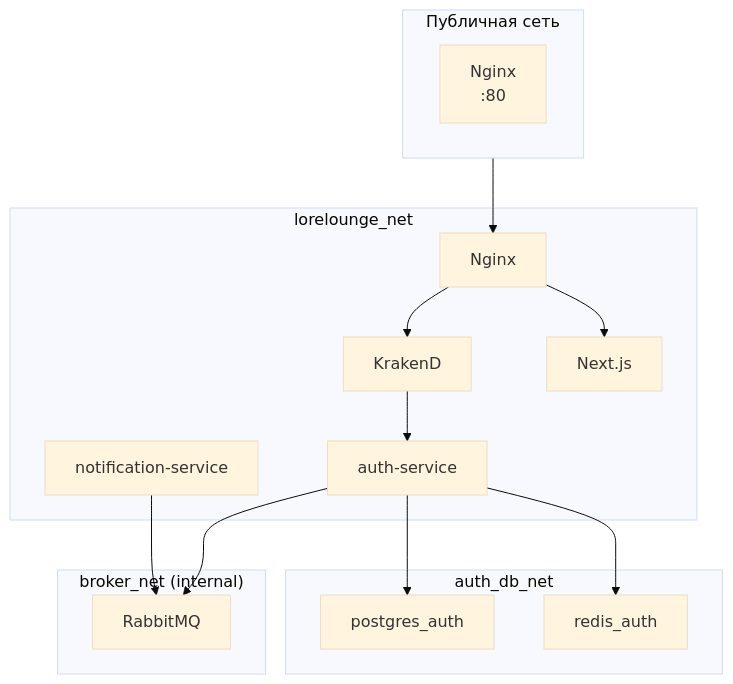
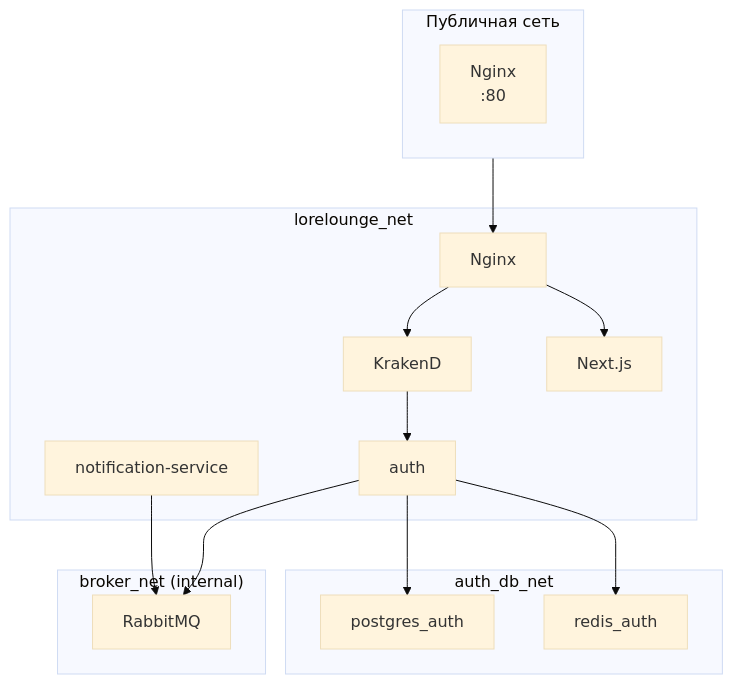
One commit to mindcoree/LoreLounge changed the second of 5 diagrams in docs/architecture.md. Above: the diagram before and after it, drawn with Mermaid (base theme). The commit also changed other lines of this file and 78 other files, not shown here.

````diff
--- a/docs/architecture.md
+++ b/docs/architecture.md
@@ -46,32 +46,32 @@
 ```mermaid
 flowchart TB
     subgraph Public["Публичная сеть"]
         NginxP["Nginx<br/>:80"]
     end
 
     subgraph Lorelounge["lorelounge_net"]
         Nginx["Nginx"]
         KrakenD["KrakenD"]
         NextJS["Next.js"]
-        Auth["auth-service"]
+        Auth["auth"]
         Notif["notification-service"]
     end
 
     subgraph AuthDB["auth_db_net"]
         PGA["postgres_auth"]
         RDSA["redis_auth"]
     end
 
     subgraph Broker["broker_net (internal)"]
         RMQ["RabbitMQ"]
     end
 
     Public --> Nginx
     Nginx --> KrakenD
     Nginx --> NextJS
     KrakenD --> Auth
     Auth --> RMQ
     Notif --> RMQ
     Auth --> PGA
     Auth --> RDSA
 ```
````
